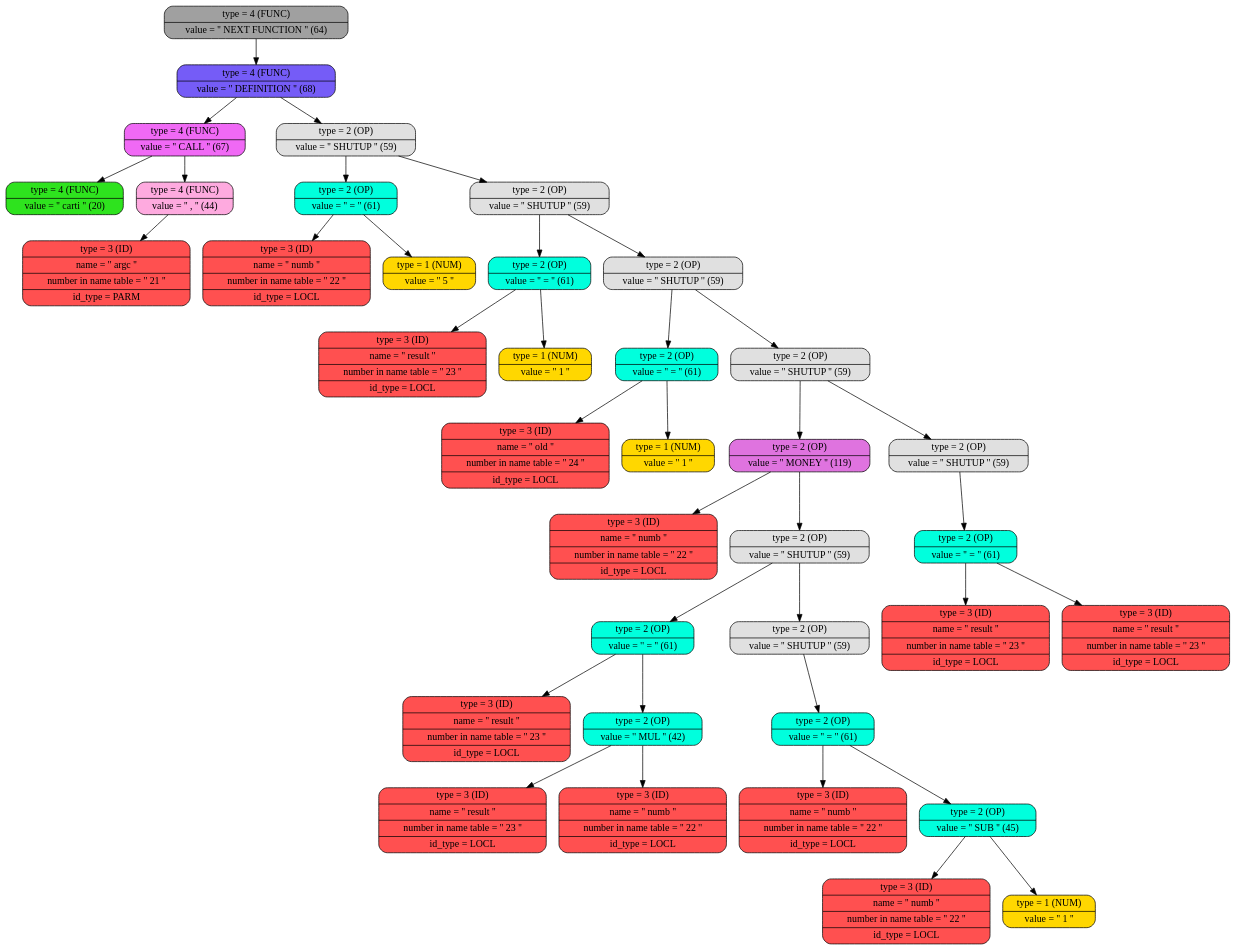
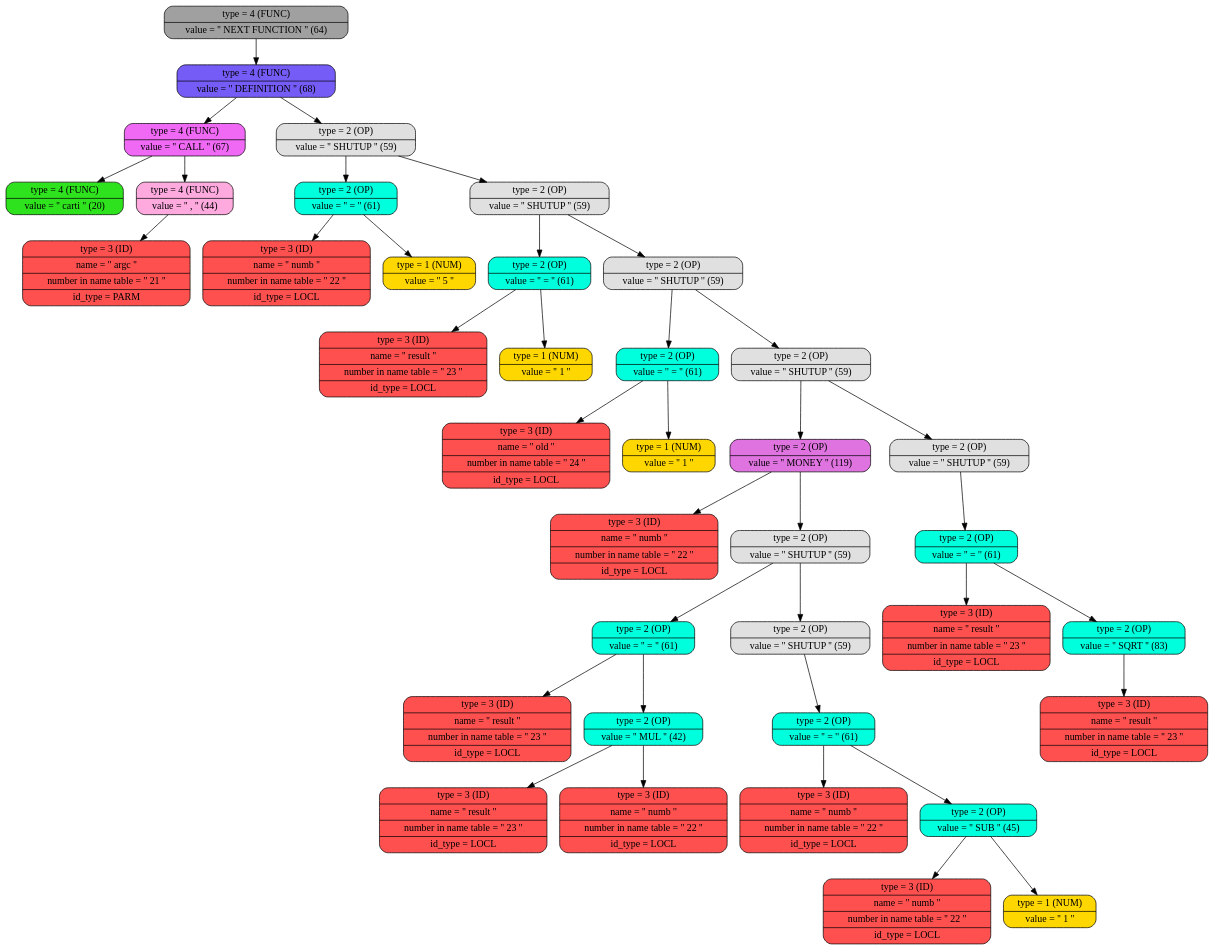
One commit to daniilgriga/MyProgrammingLanguage changed the diagram in log/graph_tree.dot. Above: the diagram before and after it, drawn with Graphviz. The commit also changed 32 other files, not shown here.

```diff
--- a/log/graph_tree.dot
+++ b/log/graph_tree.dot
@@ -1,78 +1,80 @@
 digraph
 {
 bgcolor="transparent"
-node0x503000000700 [shape=Mrecord; label = " { type = 4 (FUNC) | value = '' NEXT FUNCTION ''  (64) }"; style = filled; fillcolor = "#A0A0A0"];
-node0x503000000700 -> node0x5030000006d0;
-node0x5030000006d0 [shape=Mrecord; label = " { type = 4 (FUNC) | value = '' DEFINITION ''  (68) }"; style = filled; fillcolor = "#755CF7"];
-node0x5030000006d0 -> node0x5030000000d0;
-node0x5030000006d0 -> node0x503000000190;
+node0x503000000730 [shape=Mrecord; label = " { type = 4 (FUNC) | value = '' NEXT FUNCTION ''  (64) }"; style = filled; fillcolor = "#A0A0A0"];
+node0x503000000730 -> node0x503000000700;
+node0x503000000700 [shape=Mrecord; label = " { type = 4 (FUNC) | value = '' DEFINITION ''  (68) }"; style = filled; fillcolor = "#755CF7"];
+node0x503000000700 -> node0x5030000000d0;
+node0x503000000700 -> node0x503000000190;
 node0x5030000000d0 [shape=Mrecord; label = " { type = 4 (FUNC) | value = '' CALL ''  (67) }"; style = filled; fillcolor = "#F069F5"];
 node0x5030000000d0 -> node0x503000000040;
 node0x5030000000d0 -> node0x5030000000a0;
 node0x503000000040 [shape=Mrecord; label = " { type = 4 (FUNC) | value = '' carti ''  (20) }"; style = filled; fillcolor = "#2EE31E"];
 node0x5030000000a0 [shape=Mrecord; label = " { type = 4 (FUNC) | value = '' , ''  (44) }"; style = filled; fillcolor = "#FEAADF"];
 node0x5030000000a0 -> node0x503000000070;
 node0x503000000070 [shape=Mrecord; label = " { type = 3 (ID)  | name = '' argc '' | number in name table = '' 21 '' | id_type = PARM }"; style = filled; fillcolor = "#FF5050"];
 node0x503000000190 [shape=Mrecord; label = " { type = 2 (OP)   | value = '' SHUTUP ''  (59) }"; style = filled; fillcolor = "#E0E0E0"];
 node0x503000000190 -> node0x503000000160;
 node0x503000000190 -> node0x503000000250;
 node0x503000000160 [shape=Mrecord; label = " { type = 2 (OP)   | value = '' = ''  (61) }"; style = filled; fillcolor = "#00FFDD"];
 node0x503000000160 -> node0x503000000100;
 node0x503000000160 -> node0x503000000130;
 node0x503000000100 [shape=Mrecord; label = " { type = 3 (ID)  | name = '' numb '' | number in name table = '' 22 '' | id_type = LOCL }"; style = filled; fillcolor = "#FF5050"];
 node0x503000000130 [shape=Mrecord; label = " { type = 1 (NUM)  | value = '' 5 '' }"; style = filled; fillcolor = "#FFD700"];
 node0x503000000250 [shape=Mrecord; label = " { type = 2 (OP)   | value = '' SHUTUP ''  (59) }"; style = filled; fillcolor = "#E0E0E0"];
 node0x503000000250 -> node0x503000000220;
 node0x503000000250 -> node0x503000000310;
 node0x503000000220 [shape=Mrecord; label = " { type = 2 (OP)   | value = '' = ''  (61) }"; style = filled; fillcolor = "#00FFDD"];
 node0x503000000220 -> node0x5030000001c0;
 node0x503000000220 -> node0x5030000001f0;
 node0x5030000001c0 [shape=Mrecord; label = " { type = 3 (ID)  | name = '' result '' | number in name table = '' 23 '' | id_type = LOCL }"; style = filled; fillcolor = "#FF5050"];
 node0x5030000001f0 [shape=Mrecord; label = " { type = 1 (NUM)  | value = '' 1 '' }"; style = filled; fillcolor = "#FFD700"];
 node0x503000000310 [shape=Mrecord; label = " { type = 2 (OP)   | value = '' SHUTUP ''  (59) }"; style = filled; fillcolor = "#E0E0E0"];
 node0x503000000310 -> node0x5030000002e0;
 node0x503000000310 -> node0x5030000005e0;
 node0x5030000002e0 [shape=Mrecord; label = " { type = 2 (OP)   | value = '' = ''  (61) }"; style = filled; fillcolor = "#00FFDD"];
 node0x5030000002e0 -> node0x503000000280;
 node0x5030000002e0 -> node0x5030000002b0;
 node0x503000000280 [shape=Mrecord; label = " { type = 3 (ID)  | name = '' old '' | number in name table = '' 24 '' | id_type = LOCL }"; style = filled; fillcolor = "#FF5050"];
 node0x5030000002b0 [shape=Mrecord; label = " { type = 1 (NUM)  | value = '' 1 '' }"; style = filled; fillcolor = "#FFD700"];
 node0x5030000005e0 [shape=Mrecord; label = " { type = 2 (OP)   | value = '' SHUTUP ''  (59) }"; style = filled; fillcolor = "#E0E0E0"];
 node0x5030000005e0 -> node0x5030000005b0;
-node0x5030000005e0 -> node0x5030000006a0;
+node0x5030000005e0 -> node0x5030000006d0;
 node0x5030000005b0 [shape=Mrecord; label = " { type = 2 (OP)   | value = '' MONEY ''  (119) }"; style = filled; fillcolor = "#DF73DF"];
 node0x5030000005b0 -> node0x503000000340;
 node0x5030000005b0 -> node0x503000000460;
 node0x503000000340 [shape=Mrecord; label = " { type = 3 (ID)  | name = '' numb '' | number in name table = '' 22 '' | id_type = LOCL }"; style = filled; fillcolor = "#FF5050"];
 node0x503000000460 [shape=Mrecord; label = " { type = 2 (OP)   | value = '' SHUTUP ''  (59) }"; style = filled; fillcolor = "#E0E0E0"];
 node0x503000000460 -> node0x503000000430;
 node0x503000000460 -> node0x503000000580;
 node0x503000000430 [shape=Mrecord; label = " { type = 2 (OP)   | value = '' = ''  (61) }"; style = filled; fillcolor = "#00FFDD"];
 node0x503000000430 -> node0x503000000370;
 node0x503000000430 -> node0x503000000400;
 node0x503000000370 [shape=Mrecord; label = " { type = 3 (ID)  | name = '' result '' | number in name table = '' 23 '' | id_type = LOCL }"; style = filled; fillcolor = "#FF5050"];
 node0x503000000400 [shape=Mrecord; label = " { type = 2 (OP)   | value = '' MUL ''  (42) }"; style = filled; fillcolor = "#00FFDD"];
 node0x503000000400 -> node0x5030000003a0;
 node0x503000000400 -> node0x5030000003d0;
 node0x5030000003a0 [shape=Mrecord; label = " { type = 3 (ID)  | name = '' result '' | number in name table = '' 23 '' | id_type = LOCL }"; style = filled; fillcolor = "#FF5050"];
 node0x5030000003d0 [shape=Mrecord; label = " { type = 3 (ID)  | name = '' numb '' | number in name table = '' 22 '' | id_type = LOCL }"; style = filled; fillcolor = "#FF5050"];
 node0x503000000580 [shape=Mrecord; label = " { type = 2 (OP)   | value = '' SHUTUP ''  (59) }"; style = filled; fillcolor = "#E0E0E0"];
 node0x503000000580 -> node0x503000000550;
 node0x503000000550 [shape=Mrecord; label = " { type = 2 (OP)   | value = '' = ''  (61) }"; style = filled; fillcolor = "#00FFDD"];
 node0x503000000550 -> node0x503000000490;
 node0x503000000550 -> node0x503000000520;
 node0x503000000490 [shape=Mrecord; label = " { type = 3 (ID)  | name = '' numb '' | number in name table = '' 22 '' | id_type = LOCL }"; style = filled; fillcolor = "#FF5050"];
 node0x503000000520 [shape=Mrecord; label = " { type = 2 (OP)   | value = '' SUB ''  (45) }"; style = filled; fillcolor = "#00FFDD"];
 node0x503000000520 -> node0x5030000004c0;
 node0x503000000520 -> node0x5030000004f0;
 node0x5030000004c0 [shape=Mrecord; label = " { type = 3 (ID)  | name = '' numb '' | number in name table = '' 22 '' | id_type = LOCL }"; style = filled; fillcolor = "#FF5050"];
 node0x5030000004f0 [shape=Mrecord; label = " { type = 1 (NUM)  | value = '' 1 '' }"; style = filled; fillcolor = "#FFD700"];
-node0x5030000006a0 [shape=Mrecord; label = " { type = 2 (OP)   | value = '' SHUTUP ''  (59) }"; style = filled; fillcolor = "#E0E0E0"];
+node0x5030000006d0 [shape=Mrecord; label = " { type = 2 (OP)   | value = '' SHUTUP ''  (59) }"; style = filled; fillcolor = "#E0E0E0"];
+node0x5030000006d0 -> node0x5030000006a0;
+node0x5030000006a0 [shape=Mrecord; label = " { type = 2 (OP)   | value = '' = ''  (61) }"; style = filled; fillcolor = "#00FFDD"];
+node0x5030000006a0 -> node0x503000000610;
 node0x5030000006a0 -> node0x503000000670;
-node0x503000000670 [shape=Mrecord; label = " { type = 2 (OP)   | value = '' = ''  (61) }"; style = filled; fillcolor = "#00FFDD"];
-node0x503000000670 -> node0x503000000610;
+node0x503000000610 [shape=Mrecord; label = " { type = 3 (ID)  | name = '' result '' | number in name table = '' 23 '' | id_type = LOCL }"; style = filled; fillcolor = "#FF5050"];
+node0x503000000670 [shape=Mrecord; label = " { type = 2 (OP)   | value = '' SQRT ''  (83) }"; style = filled; fillcolor = "#00FFDD"];
 node0x503000000670 -> node0x503000000640;
-node0x503000000610 [shape=Mrecord; label = " { type = 3 (ID)  | name = '' result '' | number in name table = '' 23 '' | id_type = LOCL }"; style = filled; fillcolor = "#FF5050"];
 node0x503000000640 [shape=Mrecord; label = " { type = 3 (ID)  | name = '' result '' | number in name table = '' 23 '' | id_type = LOCL }"; style = filled; fillcolor = "#FF5050"];
 
 }
```
